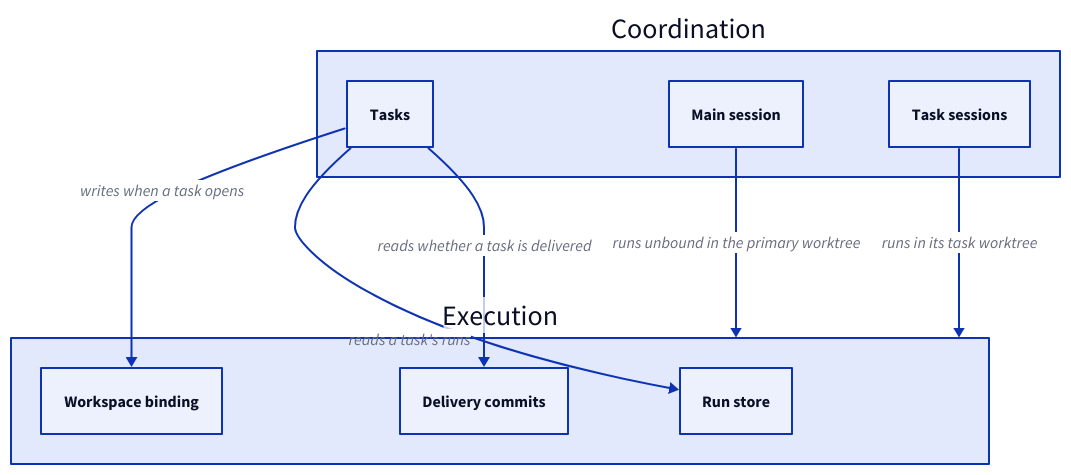
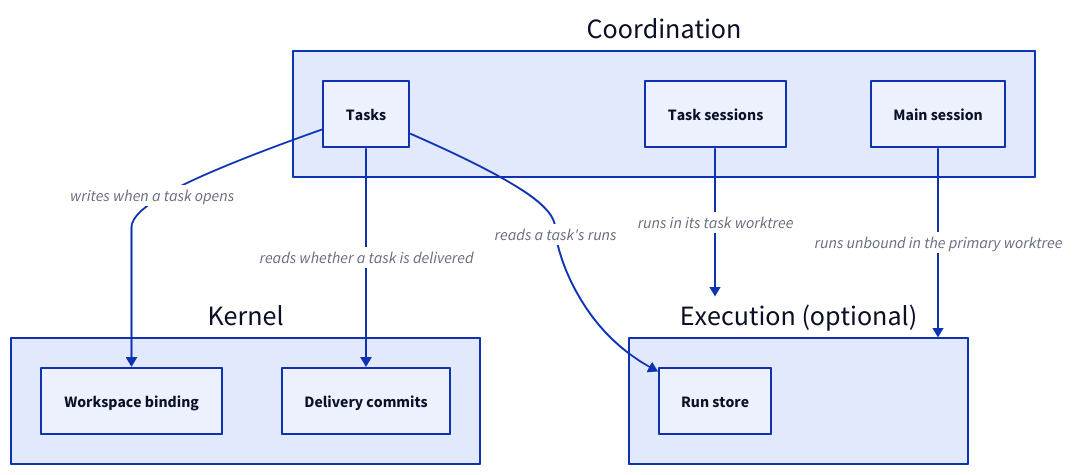
One commit to FTOD/concorde changed the second of 3 diagrams in specs/concorde/coordination/module.md. Above: the diagram before and after it, drawn with D2. The commit also changed other lines of this file and 109 other files, not shown here.

````diff
--- a/specs/concorde/coordination/module.md
+++ b/specs/concorde/coordination/module.md
@@ -133,17 +147,19 @@
 ```d2 illustrative
 coordination: Coordination {
   tasks: Tasks
   main: Main session
   session: Task sessions
 }
-execution: Execution {
+kernel: Kernel {
   binding: Workspace binding
-  store: Run store
   commits: Delivery commits
 }
-coordination.tasks -> execution.binding: writes when a task opens
+execution: "Execution (optional)" {
+  store: Run store
+}
+coordination.tasks -> kernel.binding: writes when a task opens
 coordination.main -> execution: runs unbound in the primary worktree
 coordination.session -> execution: runs in its task worktree
 coordination.tasks -> execution.store: reads a task's runs
-coordination.tasks -> execution.commits: reads whether a task is delivered
+coordination.tasks -> kernel.commits: reads whether a task is delivered
 ```
````
